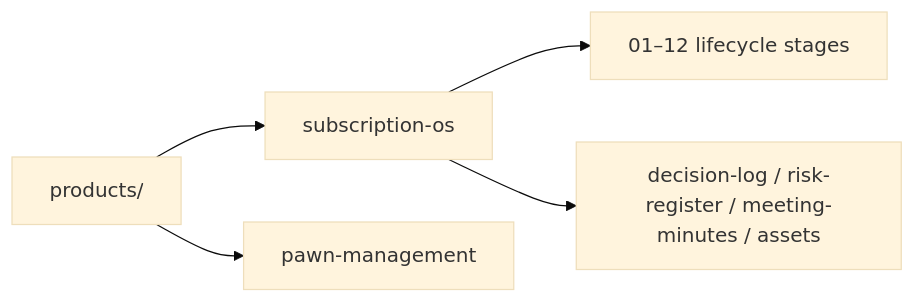
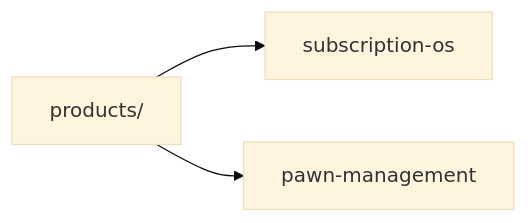
One commit to gojentech/gojen-product-office changed the diagram in products/README.md. Above: the diagram before and after it, drawn with Mermaid (base theme). The commit also changed other lines of this file and 56 other files, not shown here.

````diff
--- a/products/README.md
+++ b/products/README.md
@@ -14,7 +26,5 @@
 ```mermaid
 flowchart LR
   Products["products/"] --> SOS["subscription-os"]
   Products --> Pawn["pawn-management"]
-  SOS --> Lifecycle["01–12 lifecycle stages"]
-  SOS --> Ops["decision-log / risk-register / meeting-minutes / assets"]
 ```
````
